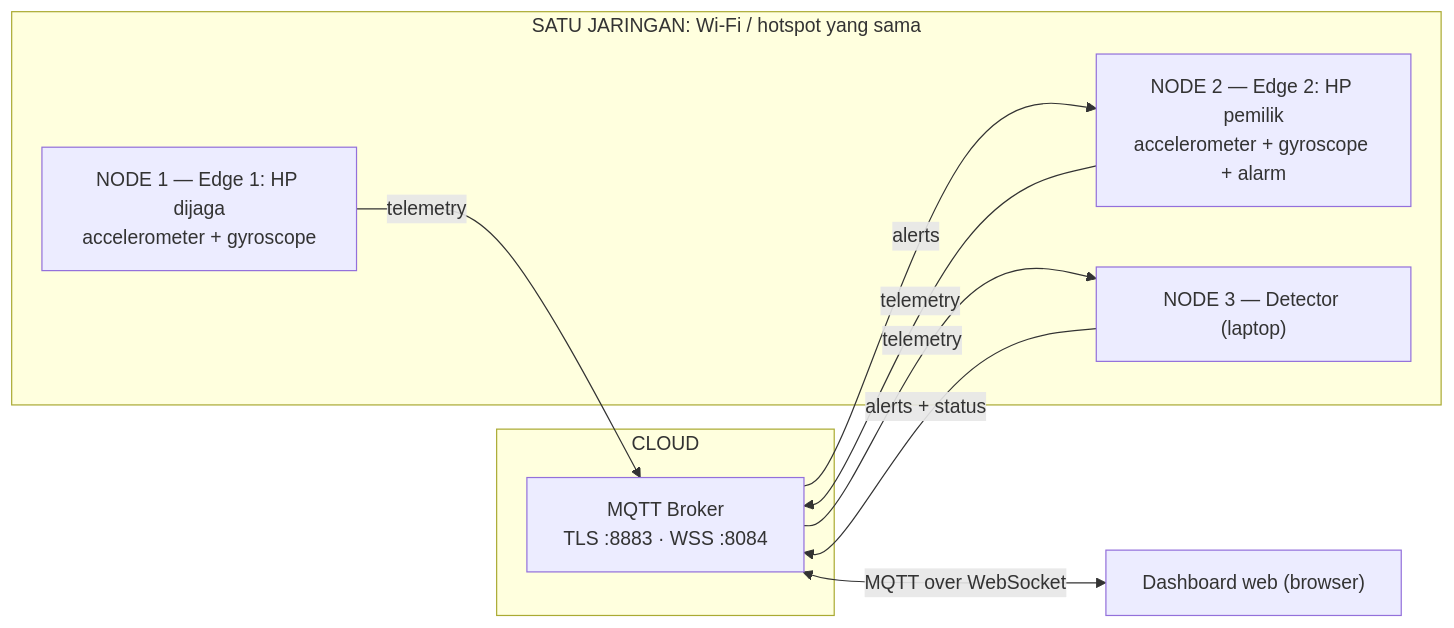
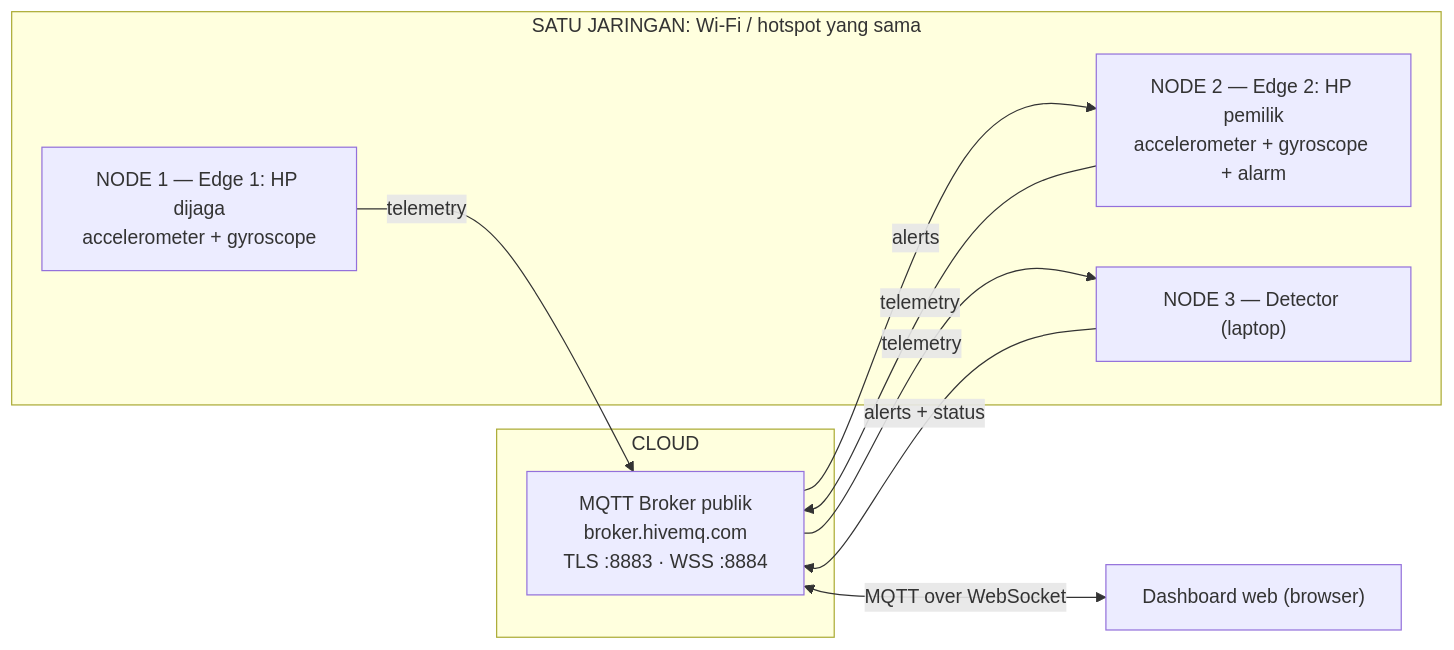
The diagram in README.md (JustinCLT/baby-monitor-iot), drawn with Mermaid before and after one commit. The commit also changed other lines of this file and 11 other files, not shown here.

First line of the commit message:
feat: pakai broker publik HiveMQ sebagai default (tanpa daftar akun)

````diff
--- a/README.md
+++ b/README.md
@@ -21,18 +21,18 @@
 ```mermaid
 flowchart LR
     subgraph WIFI["SATU JARINGAN: Wi-Fi / hotspot yang sama"]
         E1["NODE 1 — Edge 1: HP dijaga<br/>accelerometer + gyroscope"]
         E2["NODE 2 — Edge 2: HP pemilik<br/>accelerometer + gyroscope + alarm"]
         D["NODE 3 — Detector (laptop)"]
     end
     subgraph CLOUD["CLOUD"]
-        M["MQTT Broker<br/>TLS :8883 · WSS :8084"]
+        M["MQTT Broker publik<br/>broker.hivemq.com<br/>TLS :8883 · WSS :8884"]
     end
     W["Dashboard web (browser)"]
     E1 -->|"telemetry"| M
     E2 -->|"telemetry"| M
     M -->|"telemetry"| D
     D -->|"alerts + status"| M
     M -->|"alerts"| E2
     M <-->|"MQTT over WebSocket"| W
 ```
````
